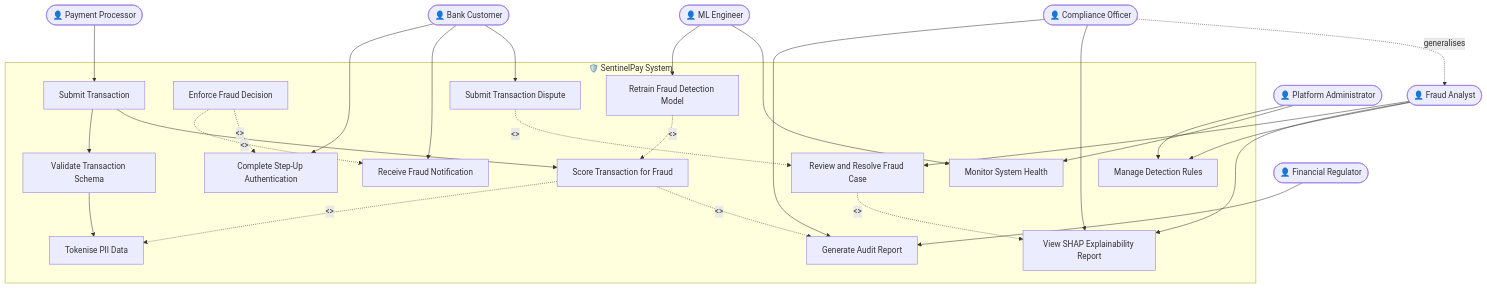
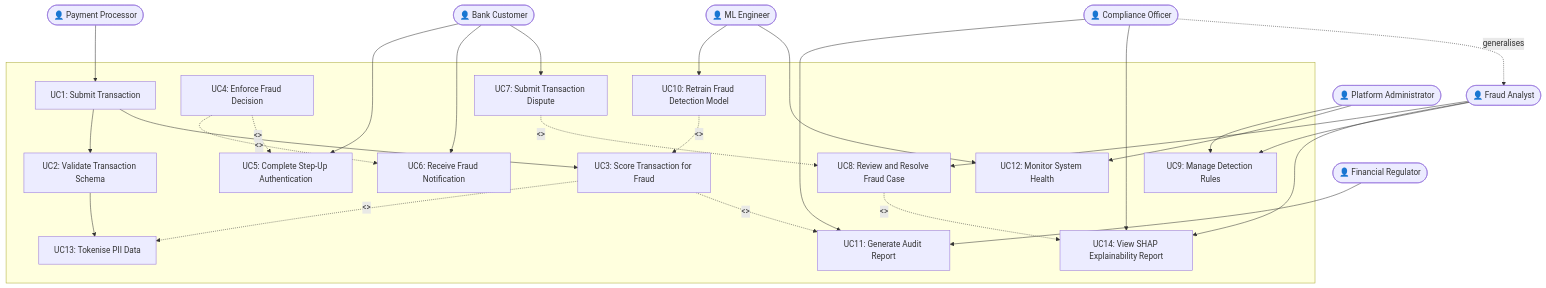
One commit to Teboho66/SentinelPay changed the diagram in Use case diagram.md. Above: the diagram before and after it, drawn with Mermaid. The commit also changed other lines of this file, not shown here.

Commit message:
feet:add reflection, spesiocifcations, test cases and the diagrams

````diff
--- a/Use case diagram.md
+++ b/Use case diagram.md
@@ -11,74 +13,74 @@
 ```mermaid
 graph TB
-    %% Actors - left side
+    %% Actors
     BC(["👤 Bank Customer"])
     FA(["👤 Fraud Analyst"])
     PA(["👤 Platform Administrator"])
     CO(["👤 Compliance Officer"])
     ML(["👤 ML Engineer"])
     PP(["👤 Payment Processor"])
     FR(["👤 Financial Regulator"])
 
-    %% System boundary
-    subgraph SentinelPay["🛡️ SentinelPay System"]
-        UC1["Submit Transaction"]
-        UC2["Validate Transaction Schema"]
-        UC3["Score Transaction for Fraud"]
-        UC4["Enforce Fraud Decision"]
-        UC5["Complete Step-Up Authentication"]
-        UC6["Receive Fraud Notification"]
-        UC7["Submit Transaction Dispute"]
-        UC8["Review and Resolve Fraud Case"]
-        UC9["Manage Detection Rules"]
-        UC10["Retrain Fraud Detection Model"]
-        UC11["Generate Audit Report"]
-        UC12["Monitor System Health"]
-        UC13["Tokenise PII Data"]
-        UC14["View SHAP Explainability Report"]
+    %% Use Cases inside system boundary
+    subgraph " "
+        UC1["UC1: Submit Transaction"]
+        UC2["UC2: Validate Transaction Schema"]
+        UC3["UC3: Score Transaction for Fraud"]
+        UC4["UC4: Enforce Fraud Decision"]
+        UC5["UC5: Complete Step-Up Authentication"]
+        UC6["UC6: Receive Fraud Notification"]
+        UC7["UC7: Submit Transaction Dispute"]
+        UC8["UC8: Review and Resolve Fraud Case"]
+        UC9["UC9: Manage Detection Rules"]
+        UC10["UC10: Retrain Fraud Detection Model"]
+        UC11["UC11: Generate Audit Report"]
+        UC12["UC12: Monitor System Health"]
+        UC13["UC13: Tokenise PII Data"]
+        UC14["UC14: View SHAP Explainability Report"]
     end
 
     %% Payment Processor interactions
     PP --> UC1
     UC1 --> UC2
     UC2 --> UC13
     UC1 --> UC3
 
     %% Customer interactions
     BC --> UC5
     BC --> UC6
     BC --> UC7
 
     %% Fraud Analyst interactions
     FA --> UC8
     FA --> UC14
     FA --> UC9
 
     %% Platform Admin interactions
     PA --> UC9
     PA --> UC12
 
     %% ML Engineer interactions
     ML --> UC10
     ML --> UC12
 
     %% Compliance Officer interactions
     CO --> UC11
     CO --> UC14
 
     %% Regulator interactions
     FR --> UC11
 
     %% Include relationships
     UC3 -.->|"<<include>>"| UC13
     UC4 -.->|"<<include>>"| UC6
     UC8 -.->|"<<include>>"| UC14
     UC10 -.->|"<<include>>"| UC3
 
     %% Extend relationships
     UC4 -.->|"<<extend>>"| UC5
     UC7 -.->|"<<extend>>"| UC8
     UC3 -.->|"<<extend>>"| UC11
 
     %% Generalisation
     CO -.->|"generalises"| FA
 ```
````
